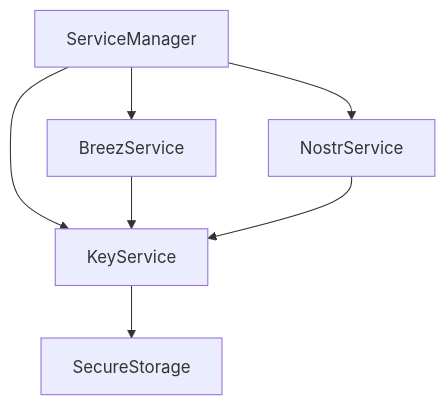
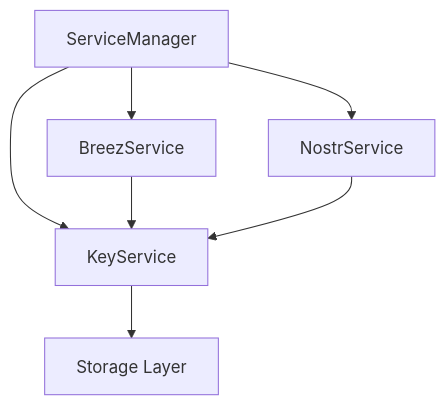
The diagram in docs/keys.md (OpenAgentsInc/onyx), drawn with Mermaid before and after one commit. The commit also changed other lines of this file, not shown here.

Commit message:
Refactor KeyService to Storage Layer in keys.md for platform-agnostic mechanism support.

````diff
--- a/docs/keys.md
+++ b/docs/keys.md
@@ -38,9 +49,9 @@
 ```mermaid
 graph TD
     A[ServiceManager] --> B[KeyService]
-    B --> C[SecureStorage]
+    B --> C[Storage Layer]
     A --> D[BreezService]
     D --> B
     A --> E[NostrService]
     E --> B
 ```
````
